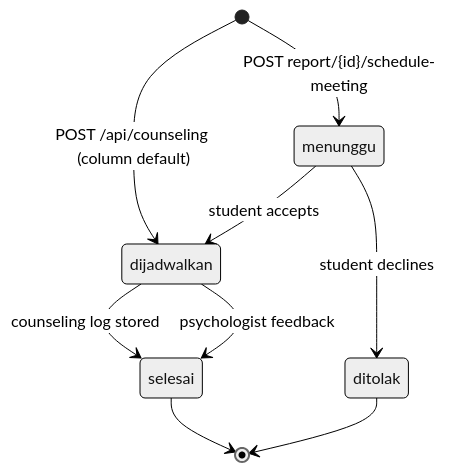
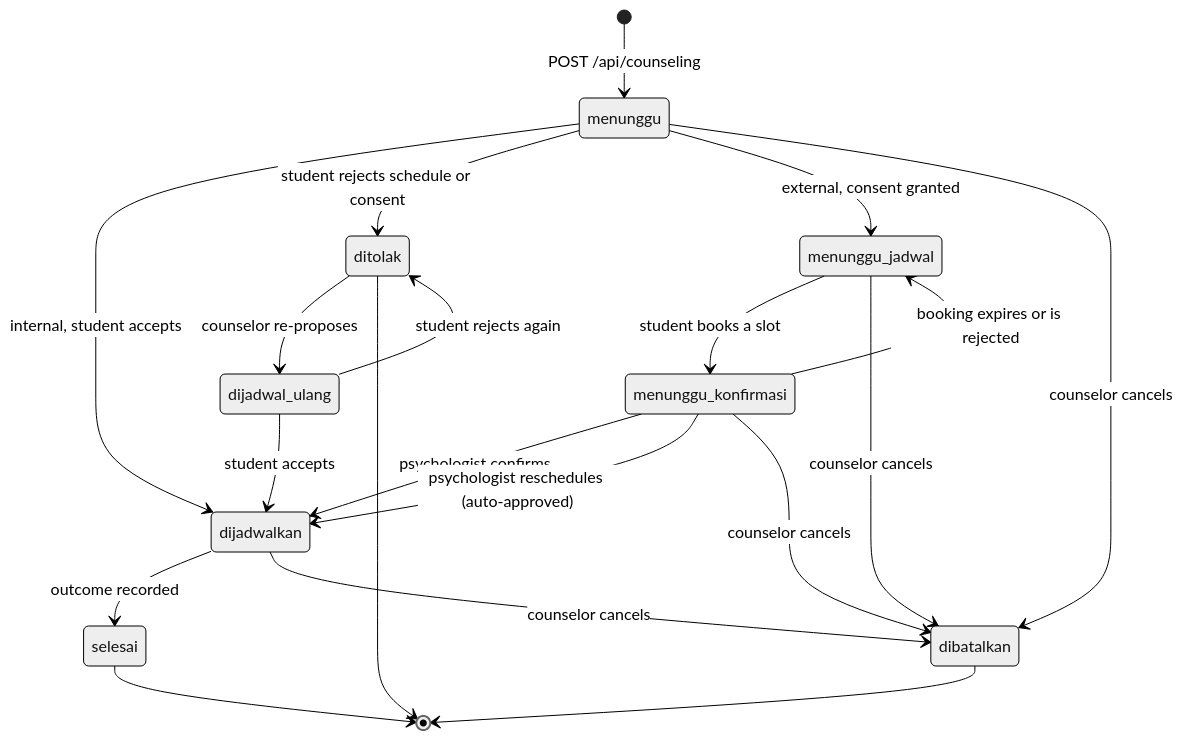
One commit to novarentech/appiks-backend changed the third of 6 diagrams in docs/foundation/08-state-machines.md. Above: the diagram before and after it, drawn with Mermaid (neutral theme). The commit also changed other lines of this file and 30 other files, not shown here.

````diff
--- a/docs/foundation/08-state-machines.md
+++ b/docs/foundation/08-state-machines.md
@@ -125,13 +140,26 @@
 ```mermaid
-%% Source: app/Actions/ScheduleReportCounselingAction.php, app/Http/Controllers/CounselingController.php,
+%% Source: app/Http/Requests/CreateCounselingRequest.php, app/Actions/UpdateConsentAction.php,
+%% app/Actions/CreateBookingScheduleAction.php, app/Actions/Psychologist/DecideReferralAction.php,
+%% app/Console/Commands/ExpirePendingReferrals.php, app/Http/Controllers/CounselingController.php,
 %% app/Actions/StoreCounselingLogAction.php, app/Http/Controllers/PsychologistSummaryController.php
 stateDiagram-v2
-    [*] --> dijadwalkan : POST /api/counseling (column default)
-    [*] --> menunggu : POST report/{id}/schedule-meeting
-    menunggu --> dijadwalkan : student accepts
-    menunggu --> ditolak : student declines
-    dijadwalkan --> selesai : counseling log stored
-    dijadwalkan --> selesai : psychologist feedback
+    [*] --> menunggu : POST /api/counseling
+    menunggu --> dijadwalkan : internal, student accepts
+    menunggu --> ditolak : student rejects schedule or consent
+    menunggu --> menunggu_jadwal : external, consent granted
+    menunggu_jadwal --> menunggu_konfirmasi : student books a slot
+    menunggu_konfirmasi --> dijadwalkan : psychologist confirms
+    menunggu_konfirmasi --> dijadwalkan : psychologist reschedules (auto-approved)
+    menunggu_konfirmasi --> menunggu_jadwal : booking expires or is rejected
+    ditolak --> dijadwal_ulang : counselor re-proposes
+    dijadwal_ulang --> dijadwalkan : student accepts
+    dijadwal_ulang --> ditolak : student rejects again
+    dijadwalkan --> selesai : outcome recorded
+    menunggu --> dibatalkan : counselor cancels
+    menunggu_jadwal --> dibatalkan : counselor cancels
+    menunggu_konfirmasi --> dibatalkan : counselor cancels
+    dijadwalkan --> dibatalkan : counselor cancels
     selesai --> [*]
     ditolak --> [*]
+    dibatalkan --> [*]
 ```
````
